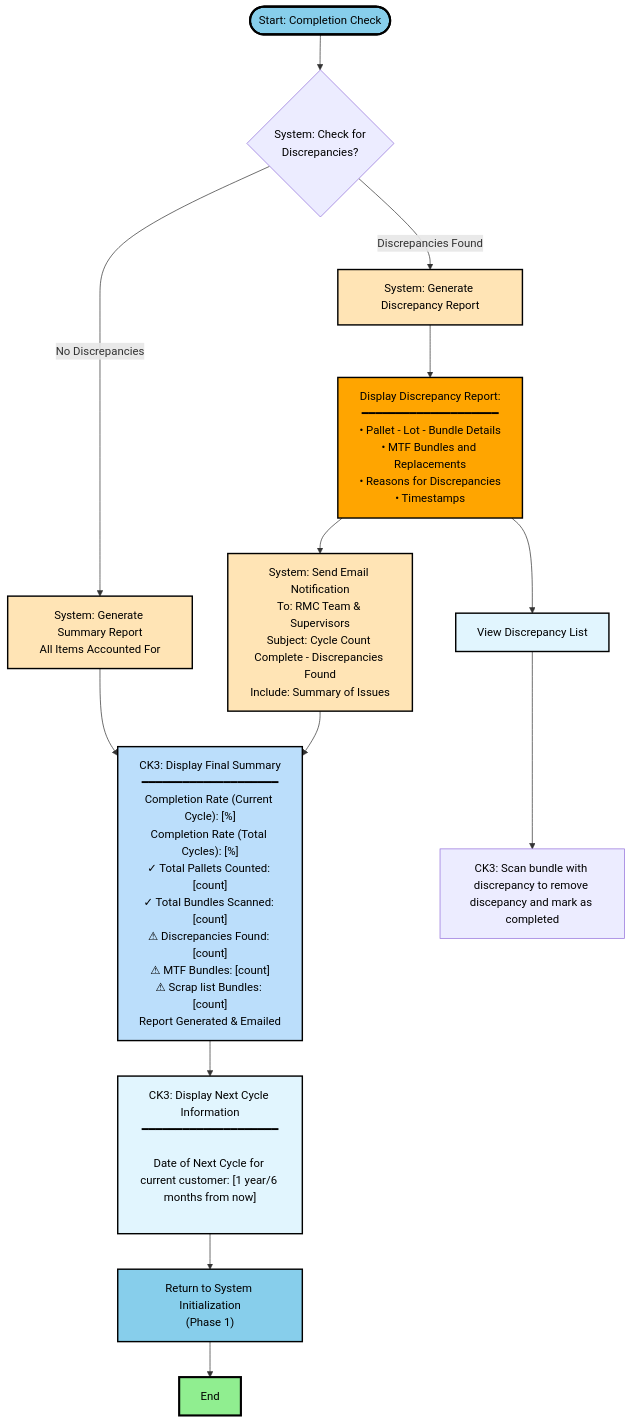
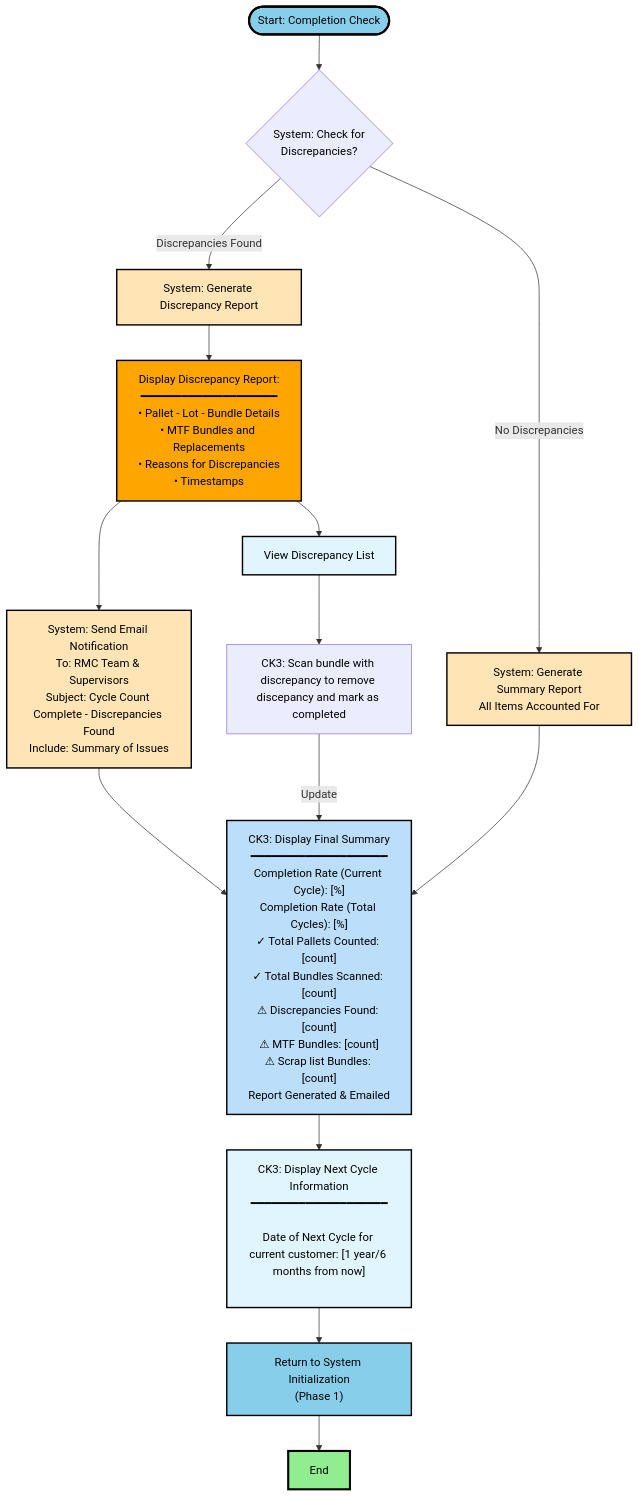
One commit to kohjs/RMC-Cycle-Count changed the fifth of 6 diagrams in workflow.md. Above: the diagram before and after it, drawn with Mermaid. The commit also changed 1 other file, not shown here.

Commit message:
Modified flow and UI

````diff
--- a/workflow.md
+++ b/workflow.md
@@ -160,27 +160,31 @@
 ```mermaid
 flowchart TD
     Start(["Start: Completion Check"]) --> DC1{"System: Check for<br>Discrepancies?"}
     DC1 -- Discrepancies Found --> DC2["System: Generate Discrepancy Report"]
     DC2 --> DC3["Display Discrepancy Report:<br>━━━━━━━━━━━━━━━━━━━━<br>• Pallet - Lot - Bundle Details<br>• MTF Bundles and Replacements<br>• Reasons for Discrepancies<br>• Timestamps"]
     DC3 --> DC4["System: Send Email Notification<br>To: RMC Team &amp; Supervisors<br>Subject: Cycle Count Complete - Discrepancies Found<br>Include: Summary of Issues"] & n1["View Discrepancy List"]
-    DC4 --> DC5@{ label: "CK3: Display Final Summary<br>━━━━━━━━━━━━━━━━━━━━<br>Completion Rate (Current Cycle): [%]<br>Completion Rate (Total Cycles): [%]<br>✓ Total Pallets Counted: [count]<br>✓ Total Bundles Scanned: [count]<br>⚠ Discrepancies Found: [count]<br>⚠ MTF Bundles: [count]<br>⚠ Scrap list Bundles: [count]<br>Report Generated &amp; Emailed" }
+    DC4 --> DC5["CK3: Display Final Summary<br>━━━━━━━━━━━━━━━━━━━━<br>Completion Rate (Current Cycle): [%]<br>Completion Rate (Total Cycles): [%]<br>✓ Total Pallets Counted: [count]<br>✓ Total Bundles Scanned: [count]<br>⚠ Discrepancies Found: [count]<br>⚠ MTF Bundles: [count]<br>⚠ Scrap list Bundles: [count]<br>Report Generated &amp; Emailed"]
     DC1 -- No Discrepancies --> ND1["System: Generate Summary Report<br>All Items Accounted For"]
     NEXT2["CK3: Display Next Cycle Information<br>━━━━━━━━━━━━━━━━━━━━<br><br>Date of Next Cycle for current customer: [1 year/6 months from now]<br><br>"] --> Restart["Return to System Initialization<br>(Phase 1)"]
     ND1 --> DC5
     DC5 --> NEXT2
     n1 --> n2["CK3: Scan bundle with discrepancy to remove discepancy and mark as completed"]
     Restart --> n3["End"]
+    n2 -- Update --> DC5
 
     style Start fill:#87CEEB,stroke:#000,stroke-width:3px,color:#000
     style DC1 color:#000
     style DC2 fill:#FFE4B5,stroke:#000,stroke-width:2px,color:#000
     style DC3 fill:#FFA500,stroke:#000,stroke-width:2px,color:#000
     style DC4 fill:#FFE4B5,stroke:#000,stroke-width:2px,color:#000
+    style n1 fill:#E1F5FE,stroke:#000,stroke-width:2px,color:#000
     style DC5 fill:#BBDEFB,stroke:#000,stroke-width:2px,color:#000
     style ND1 fill:#FFE4B5,stroke:#000,stroke-width:2px,color:#000
     style NEXT2 fill:#E1F5FE,stroke:#000,stroke-width:2px,color:#000
-    style n1 fill:#E1F5FE,stroke:#000,stroke-width:2px,color:#000
+    style Restart fill:#87CEEB,stroke:#000,stroke-width:2px,color:#000
     style n2 color:#000
     style n3 fill:#90EE90,stroke:#000,stroke-width:3px,color:#000
-    style Restart fill:#87CEEB,stroke:#000,stroke-width:2px,color:#000
+
+
+
 ```
````
